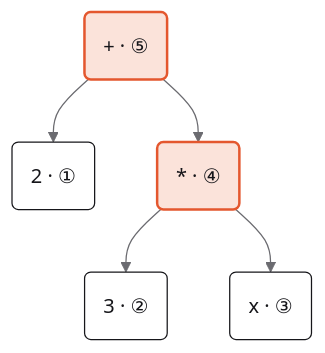
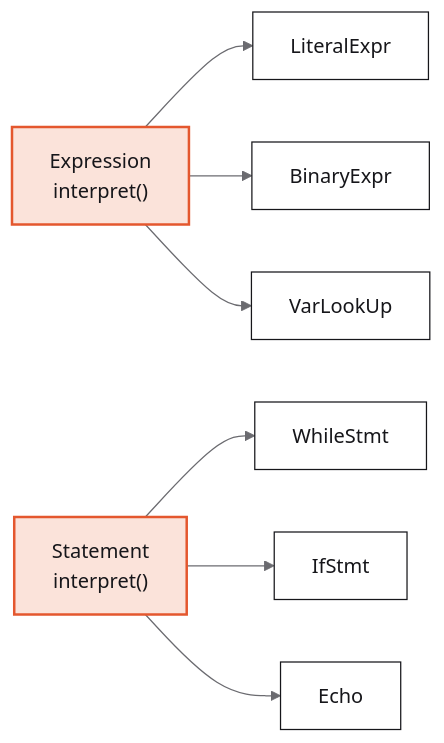
Before and after one commit to ELFBIBv/Conferencia_IPC1_2S2026: the seventh of 7 diagrams in presentacion.md, drawn with Mermaid. The commit also changed other lines of this file and 3 other files, not shown here.

````diff
--- a/presentacion.md
+++ b/presentacion.md
@@ -1282,10 +1232,12 @@
-```mermaid {scale: 0.8}
+```mermaid {scale: 0.55}
 %%{init: {'theme':'base','themeVariables':{'fontFamily':'Segoe UI, Helvetica, Arial, sans-serif','primaryColor':'#ffffff','primaryBorderColor':'#16161a','primaryTextColor':'#16161a','secondaryColor':'#f1efe9','tertiaryColor':'#ffffff','lineColor':'#6b6b70','textColor':'#16161a','mainBkg':'#ffffff','nodeBorder':'#16161a','clusterBkg':'#f1efe9','clusterBorder':'#e3e0d9','edgeLabelBackground':'#faf9f6'}}}%%
-flowchart TD
-  P("+ · ⑤") --> A("2 · ①")
-  P --> M("* · ④")
-  M --> B("3 · ②")
-  M --> X("x · ③")
+flowchart LR
+  E["Expression<br/>interpret()"] --> L["LiteralExpr"]
+  E --> BE["BinaryExpr"]
+  E --> V["VarLookUp"]
+  S["Statement<br/>interpret()"] --> W["WhileStmt"]
+  S --> I["IfStmt"]
+  S --> EC["Echo"]
   classDef acc fill:#fbe3da,stroke:#e4572e,stroke-width:2px,color:#16161a
-  class P,M acc
+  class E,S acc
 ```
````
